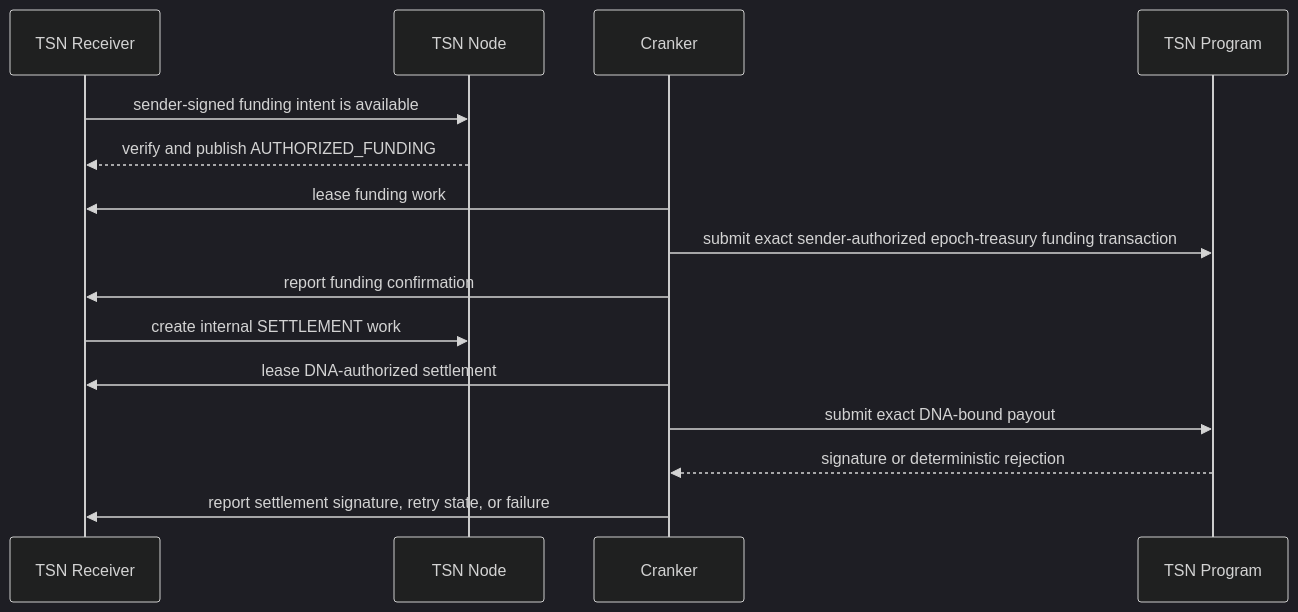
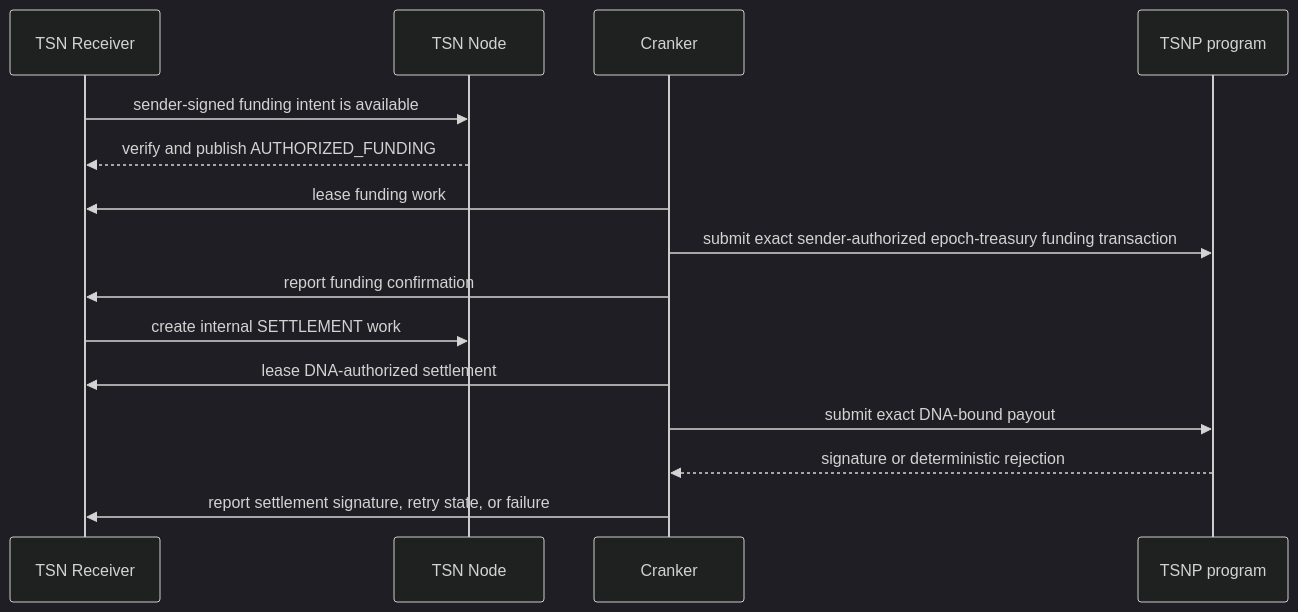
Before and after one commit to bigdreamsweb3/trustlink-pay: the second of 2 diagrams in docs/CRANKER-OPERATOR-GUIDE.md, drawn with Mermaid (dark theme). The commit also changed other lines of this file and 88 other files, not shown here.

````diff
--- a/docs/CRANKER-OPERATOR-GUIDE.md
+++ b/docs/CRANKER-OPERATOR-GUIDE.md
@@ -286,17 +286,17 @@
 ```mermaid
 sequenceDiagram
     participant R as TSN Receiver
     participant N as TSN Node
     participant C as Cranker
-    participant S as TSN Program
+    participant S as TSNP program
     R->>N: sender-signed funding intent is available
     N-->>R: verify and publish AUTHORIZED_FUNDING
     C->>R: lease funding work
     C->>S: submit exact sender-authorized epoch-treasury funding transaction
     C->>R: report funding confirmation
     R->>N: create internal SETTLEMENT work
     C->>R: lease DNA-authorized settlement
     C->>S: submit exact DNA-bound payout
     S-->>C: signature or deterministic rejection
     C->>R: report settlement signature, retry state, or failure
 ```
````
